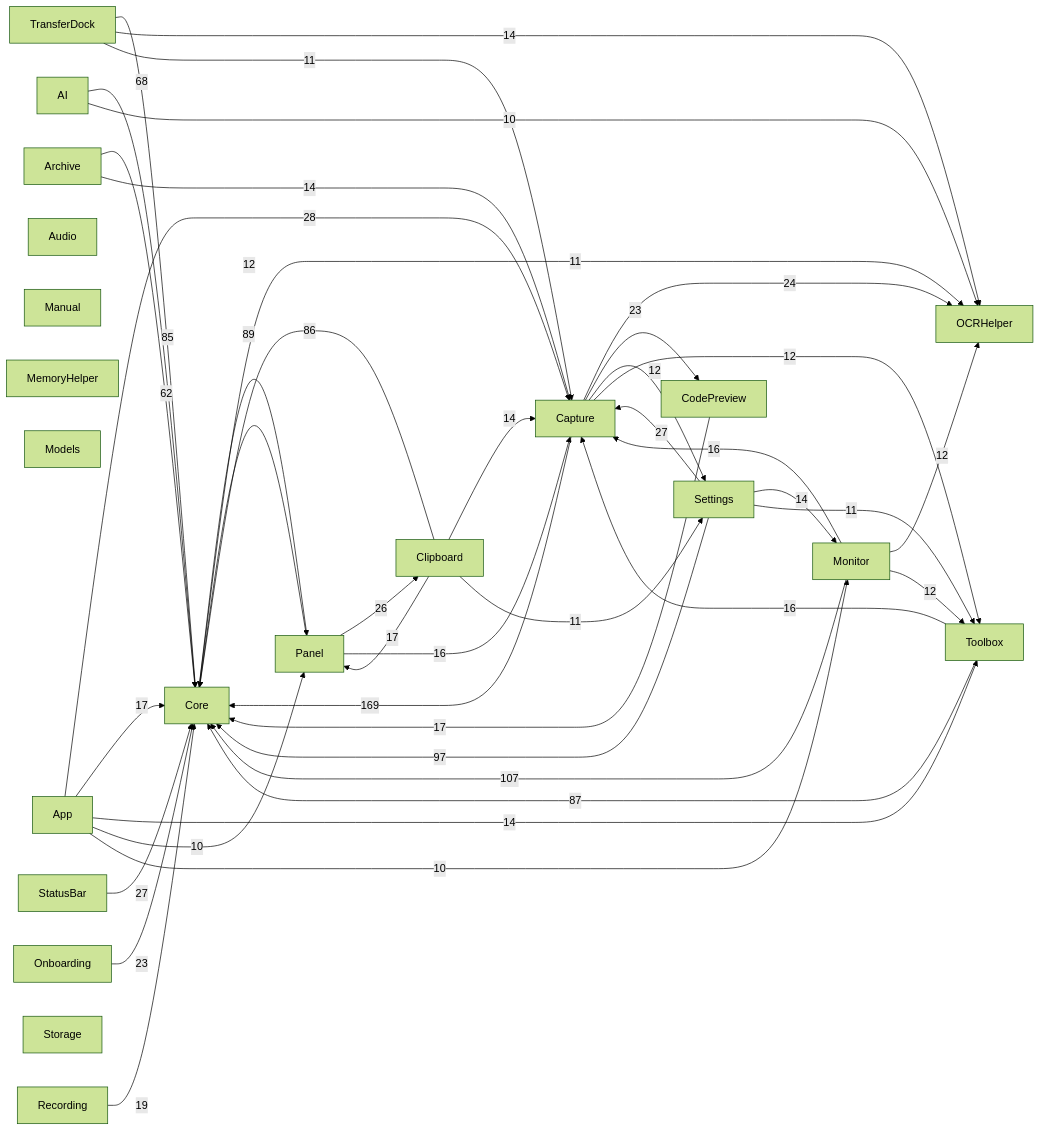
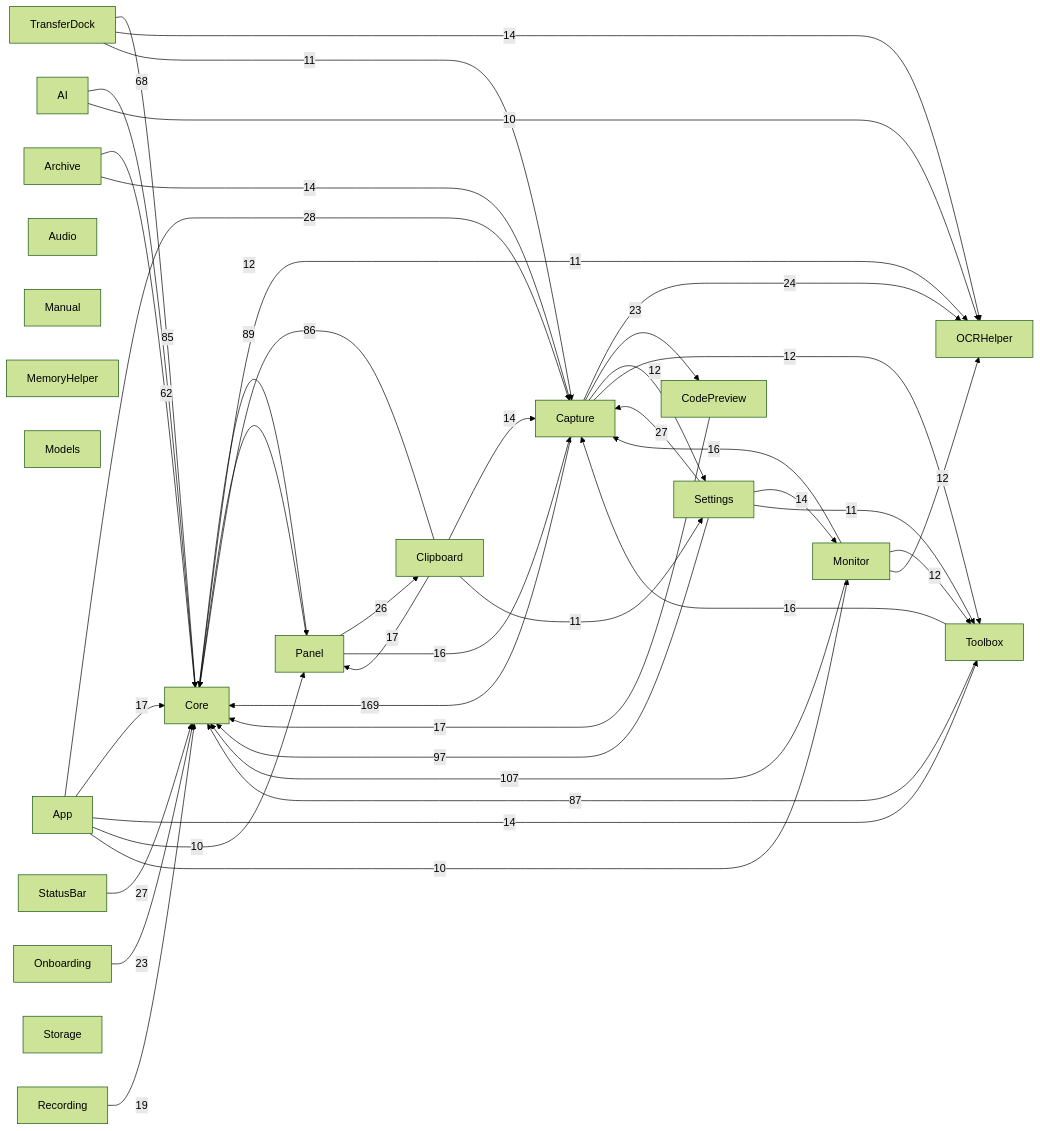
The diagram in docs/00-总览/模块依赖图.md (sxyq/Kitnest), drawn with Mermaid (forest theme) before and after one commit. The commit also changed other lines of this file and 6 other files, not shown here.

````diff
--- a/docs/00-总览/模块依赖图.md
+++ b/docs/00-总览/模块依赖图.md
@@ -35,64 +35,64 @@
 ```mermaid
 flowchart LR
   M0["AI"]
   M1["App"]
   M2["Archive"]
   M3["Audio"]
   M4["Capture"]
   M5["Clipboard"]
   M6["CodePreview"]
   M7["Core"]
   M8["Manual"]
   M9["MemoryHelper"]
   M10["Models"]
   M11["Monitor"]
   M12["OCRHelper"]
   M13["Onboarding"]
   M14["Panel"]
   M15["Recording"]
   M16["Settings"]
   M17["StatusBar"]
   M18["Storage"]
   M19["Toolbox"]
   M20["TransferDock"]
   M4 -->|169| M7
   M11 -->|107| M7
   M16 -->|97| M7
   M14 -->|89| M7
   M19 -->|87| M7
   M5 -->|86| M7
   M20 -->|85| M7
   M0 -->|68| M7
   M2 -->|62| M7
   M1 -->|28| M4
   M16 -->|27| M4
   M17 -->|27| M7
   M14 -->|26| M5
   M4 -->|24| M12
   M4 -->|23| M6
   M13 -->|23| M7
   M15 -->|19| M7
   M1 -->|17| M7
   M6 -->|17| M7
   M5 -->|17| M14
   M11 -->|16| M4
   M14 -->|16| M4
   M19 -->|16| M4
   M1 -->|14| M19
   M16 -->|14| M11
   M2 -->|14| M4
   M20 -->|14| M12
   M5 -->|14| M4
   M7 -->|12| M14
   M4 -->|12| M16
   M4 -->|12| M19
+  M11 -->|12| M19
   M11 -->|12| M12
-  M11 -->|12| M19
   M7 -->|11| M12
   M16 -->|11| M19
   M20 -->|11| M4
   M5 -->|11| M16
   M1 -->|10| M14
   M1 -->|10| M11
   M0 -->|10| M12
 ```
````
